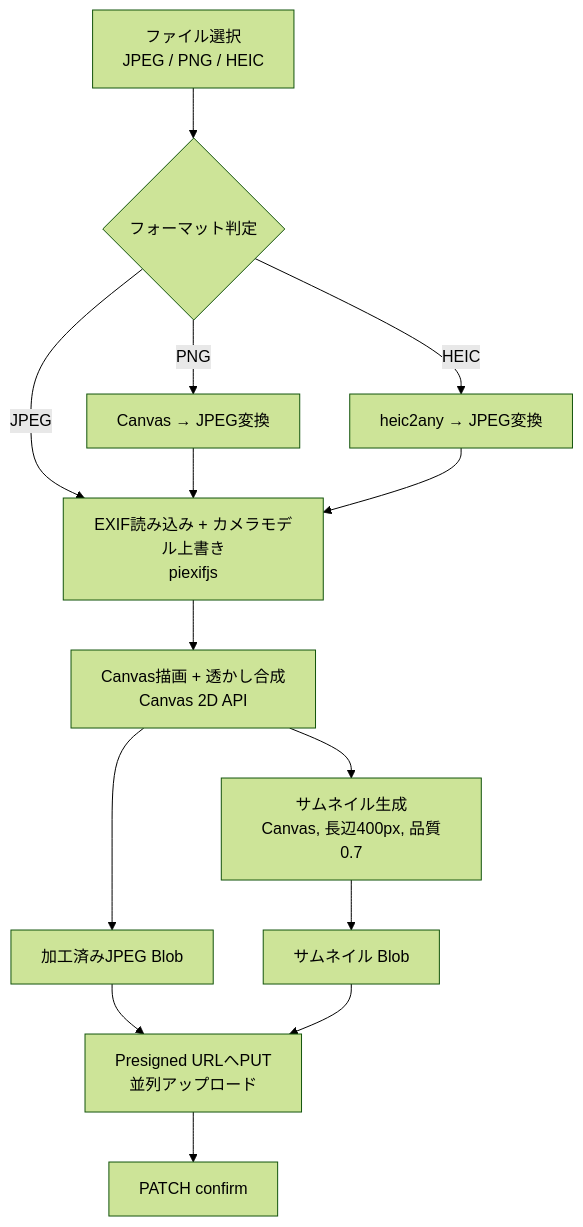
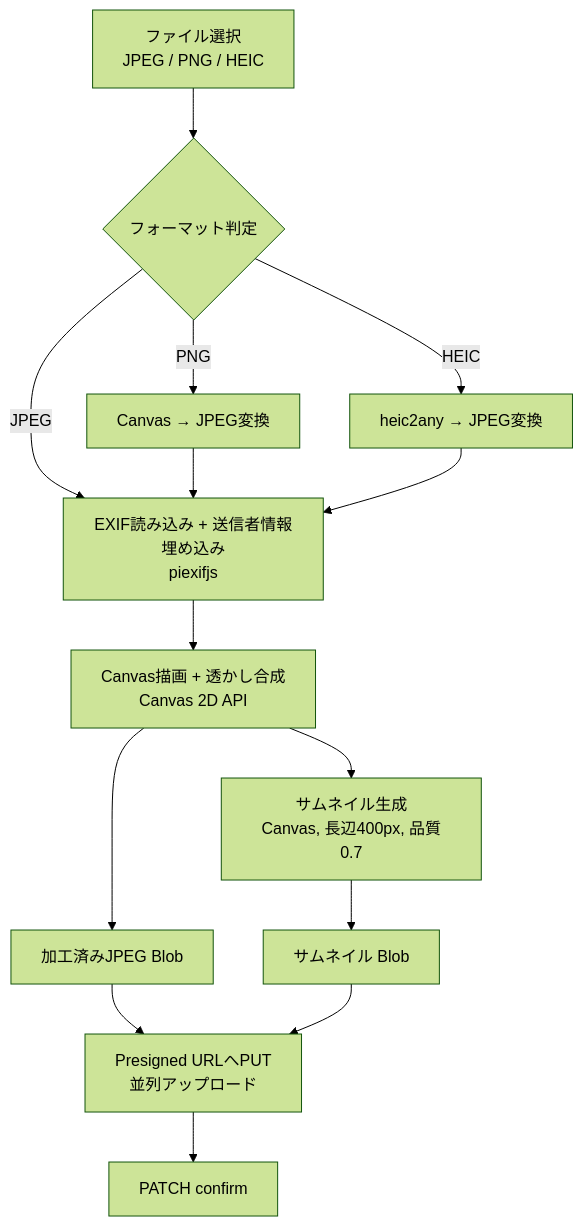
One commit to kuu13580/furdrop changed the third of 3 diagrams in docs/screen-flow.md. Above: the diagram before and after it, drawn with Mermaid (forest theme). The commit also changed other lines of this file and 2 other files, not shown here.

````diff
--- a/docs/screen-flow.md
+++ b/docs/screen-flow.md
@@ -325,16 +325,16 @@
 ```mermaid
 flowchart TD
     A[ファイル選択<br/>JPEG / PNG / HEIC] --> B{フォーマット判定}
-    B -->|JPEG| D[EXIF読み込み + カメラモデル上書き<br/>piexifjs]
+    B -->|JPEG| D[EXIF読み込み + 送信者情報埋め込み<br/>piexifjs]
     B -->|PNG| C1[Canvas → JPEG変換]
     B -->|HEIC| C2[heic2any → JPEG変換]
     C1 --> D
     C2 --> D
     D --> E[Canvas描画 + 透かし合成<br/>Canvas 2D API]
     E --> F[加工済みJPEG Blob]
     E --> G[サムネイル生成<br/>Canvas, 長辺400px, 品質0.7]
     G --> H[サムネイル Blob]
     F --> I[Presigned URLへPUT<br/>並列アップロード]
     H --> I
     I --> J[PATCH confirm]
 ```
````
